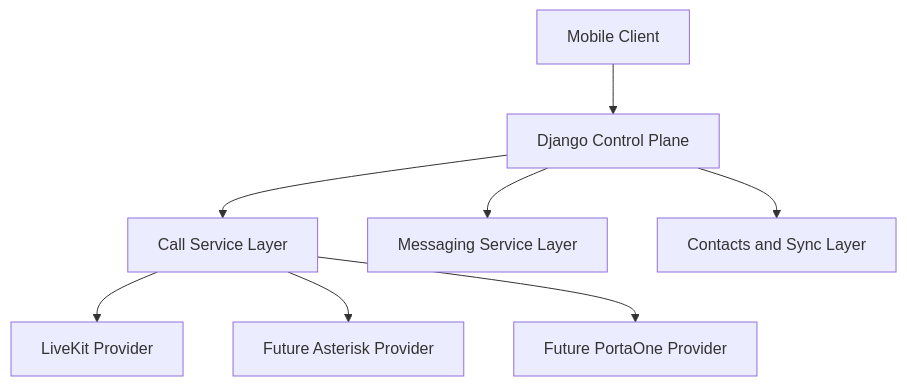
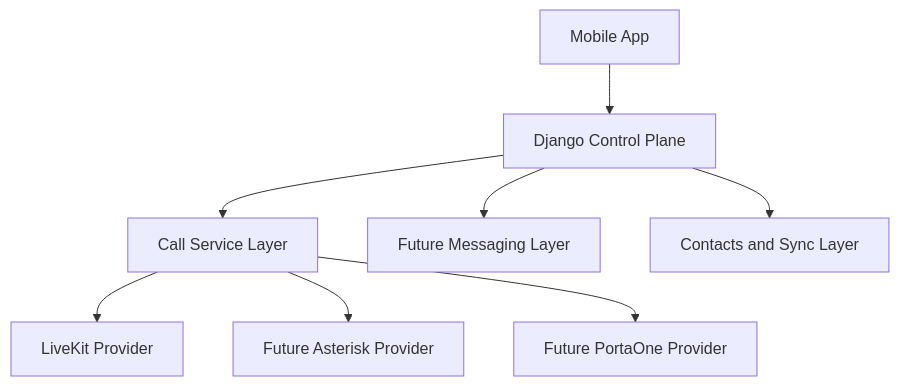
The second of 2 diagrams in docs/COMMUNICATION_APP_REPLAN.md (rafsun-riad/livekit-softphone), drawn with Mermaid before and after one commit. The commit also changed other lines of this file and 4 other files, not shown here.

````diff
--- a/docs/COMMUNICATION_APP_REPLAN.md
+++ b/docs/COMMUNICATION_APP_REPLAN.md
@@ -117,10 +82,10 @@
 ```mermaid
 flowchart TD
-  M[Mobile Client] --> API[Django Control Plane]
-  API --> CALLS[Call Service Layer]
+  APP[Mobile App] --> CONTROL[Django Control Plane]
+  CONTROL --> CALLS[Call Service Layer]
   CALLS --> LK[LiveKit Provider]
   CALLS --> AST[Future Asterisk Provider]
   CALLS --> P1[Future PortaOne Provider]
-  API --> MSG[Messaging Service Layer]
-  API --> CONTACTS[Contacts and Sync Layer]
+  CONTROL --> MSG[Future Messaging Layer]
+  CONTROL --> CONTACTS[Contacts and Sync Layer]
 ```
````
